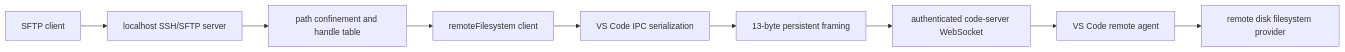
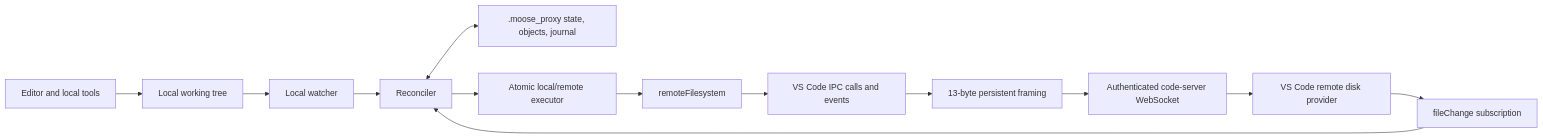
Before and after one commit to BlueFalconHD/antler: the diagram in docs/architecture.md, drawn with Mermaid. The commit also changed other lines of this file and 6 other files, not shown here.

````diff
--- a/docs/architecture.md
+++ b/docs/architecture.md
@@ -5,11 +5,15 @@
 ```mermaid
 flowchart LR
-  Client["SFTP client"] --> SFTP["localhost SSH/SFTP server"]
-  SFTP --> Confine["path confinement and handle table"]
-  Confine --> FS["remoteFilesystem client"]
-  FS --> IPC["VS Code IPC serialization"]
+  Editor["Editor and local tools"] --> Local["Local working tree"]
+  Local --> LocalWatch["Local watcher"]
+  Agent["VS Code remote disk provider"] --> RemoteWatch["fileChange subscription"]
+  LocalWatch --> Planner["Reconciler"]
+  RemoteWatch --> Planner
+  Planner <--> State[".moose_proxy state, objects, journal"]
+  Planner --> Atomic["Atomic local/remote executor"]
+  Atomic --> FS["remoteFilesystem"]
+  FS --> IPC["VS Code IPC calls and events"]
   IPC --> Persistent["13-byte persistent framing"]
-  Persistent --> WS["authenticated code-server WebSocket"]
-  WS --> Agent["VS Code remote agent"]
-  Agent --> Disk["remote disk filesystem provider"]
+  Persistent --> WS["Authenticated code-server WebSocket"]
+  WS --> Agent
 ```
````
